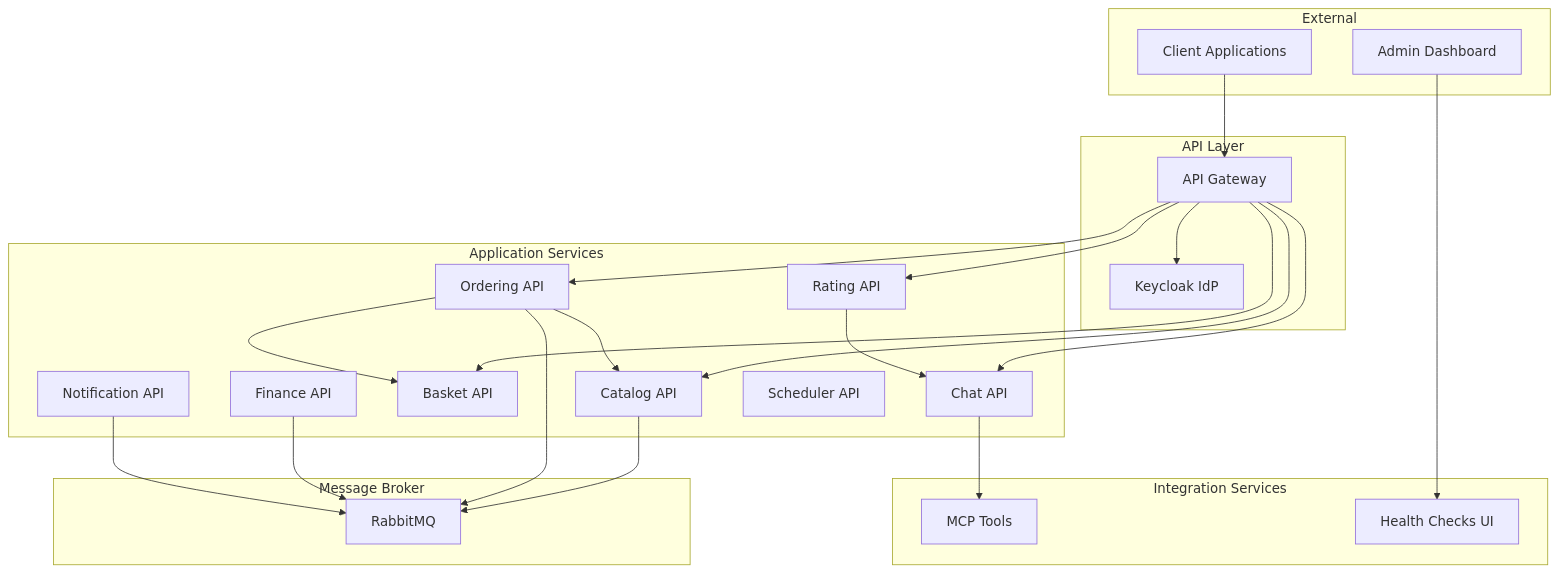
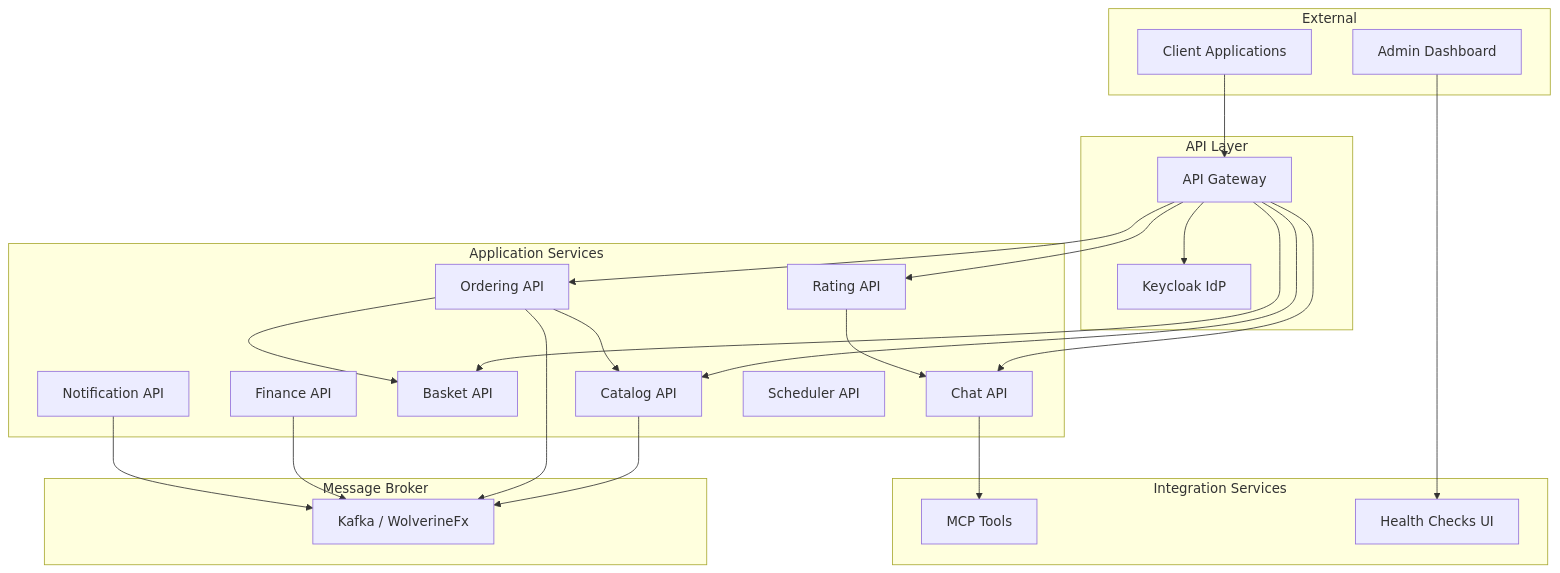
The second of 2 diagrams in docs/docusaurus/docs/07-deployment-view/01-infrastructure-level-2.mdx (foxminchan/BookWorm), drawn with Mermaid before and after one commit. The commit also changed other lines of this file and 65 other files, not shown here.

Commit message:
chore(docs): update architecture decision records (#1127)

````diff
--- a/docs/docusaurus/docs/07-deployment-view/01-infrastructure-level-2.mdx
+++ b/docs/docusaurus/docs/07-deployment-view/01-infrastructure-level-2.mdx
@@ -114,51 +114,51 @@
 ```mermaid
 graph TB
     subgraph "External"
         Client[Client Applications]
         Admin[Admin Dashboard]
     end
 
     subgraph "API Layer"
         Gateway[API Gateway]
         Keycloak[Keycloak IdP]
     end
 
     subgraph "Application Services"
         Catalog[Catalog API]
         Chat[Chat API]
         Basket[Basket API]
         Ordering[Ordering API]
         Rating[Rating API]
         Finance[Finance API]
         Notification[Notification API]
         Scheduler[Scheduler API]
     end
 
     subgraph "Integration Services"
         MCP[MCP Tools]
         Health[Health Checks UI]
     end
 
     subgraph "Message Broker"
-        RabbitMQ[RabbitMQ]
+        Kafka[Kafka / WolverineFx]
     end
 
     Client --> Gateway
     Admin --> Health
     Gateway --> Catalog
     Gateway --> Chat
     Gateway --> Basket
     Gateway --> Ordering
     Gateway --> Rating
     Gateway --> Keycloak
 
     Chat --> MCP
     Ordering --> Catalog
     Ordering --> Basket
     Rating --> Chat
 
-    Catalog --> RabbitMQ
-    Ordering --> RabbitMQ
-    Finance --> RabbitMQ
-    Notification --> RabbitMQ
+    Catalog --> Kafka
+    Ordering --> Kafka
+    Finance --> Kafka
+    Notification --> Kafka
 ```
````
